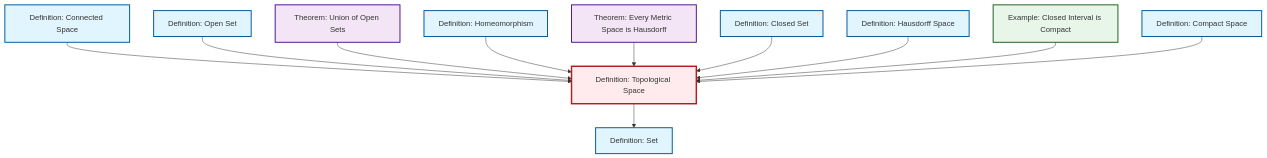
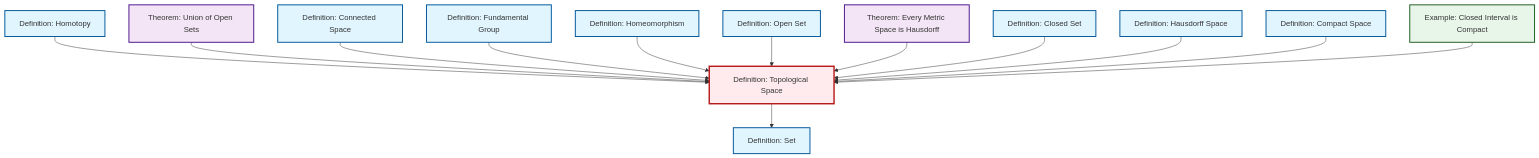
Before and after one commit to RK0429/ModernMath: the diagram in content/en/topology/def-topological-space.qmd, drawn with Mermaid. The commit also changed 1069 other files, not shown here.

````diff
--- a/content/en/topology/def-topological-space.qmd
+++ b/content/en/topology/def-topological-space.qmd
@@ -60,41 +60,47 @@
 ```{mermaid}
 %%| fig-cap: "Local dependency graph"
 graph TD
     classDef definition fill:#e1f5fe,stroke:#01579b,stroke-width:2px
     classDef theorem fill:#f3e5f5,stroke:#4a148c,stroke-width:2px
     classDef axiom fill:#fff3e0,stroke:#e65100,stroke-width:2px
     classDef example fill:#e8f5e9,stroke:#1b5e20,stroke-width:2px
     classDef current fill:#ffebee,stroke:#b71c1c,stroke-width:3px
+    thm-metric-hausdorff["Theorem: Every Metric Space is Hausdorff"]:::theorem
     def-set["Definition: Set"]:::definition
+    def-fundamental-group["Definition: Fundamental Group"]:::definition
+    def-homeomorphism["Definition: Homeomorphism"]:::definition
     def-connected["Definition: Connected Space"]:::definition
+    def-hausdorff["Definition: Hausdorff Space"]:::definition
+    def-homotopy["Definition: Homotopy"]:::definition
+    ex-closed-interval-compact["Example: Closed Interval is Compact"]:::example
+    def-topological-space["Definition: Topological Space"]:::definition
     thm-union-open-sets["Theorem: Union of Open Sets"]:::theorem
-    ex-closed-interval-compact["Example: Closed Interval is Compact"]:::example
+    def-closed-set["Definition: Closed Set"]:::definition
     def-open-set["Definition: Open Set"]:::definition
-    def-closed-set["Definition: Closed Set"]:::definition
-    def-hausdorff["Definition: Hausdorff Space"]:::definition
-    def-homeomorphism["Definition: Homeomorphism"]:::definition
     def-compact["Definition: Compact Space"]:::definition
-    thm-metric-hausdorff["Theorem: Every Metric Space is Hausdorff"]:::theorem
-    def-topological-space["Definition: Topological Space"]:::definition
+    def-homotopy --> def-topological-space
+    thm-union-open-sets --> def-topological-space
     def-connected --> def-topological-space
+    def-fundamental-group --> def-topological-space
+    def-homeomorphism --> def-topological-space
     def-topological-space --> def-set
     def-open-set --> def-topological-space
-    thm-union-open-sets --> def-topological-space
-    def-homeomorphism --> def-topological-space
     thm-metric-hausdorff --> def-topological-space
     def-closed-set --> def-topological-space
     def-hausdorff --> def-topological-space
+    def-compact --> def-topological-space
     ex-closed-interval-compact --> def-topological-space
-    def-compact --> def-topological-space
     class def-topological-space current
+    click thm-metric-hausdorff "thm-metric-hausdorff.html" "Go to Every Metric Space is Hausdorff theorem"
     click def-set "def-set.html" "Go to Set definition"
+    click def-fundamental-group "def-fundamental-group.html" "Go to Fundamental Group definition"
+    click def-homeomorphism "def-homeomorphism.html" "Go to Homeomorphism definition"
     click def-connected "def-connected.html" "Go to Connected Space definition"
+    click def-hausdorff "def-hausdorff.html" "Go to Hausdorff Space definition"
+    click def-homotopy "def-homotopy.html" "Go to Homotopy definition"
+    click ex-closed-interval-compact "ex-closed-interval-compact.html" "Go to Closed Interval is Compact example"
     click thm-union-open-sets "thm-union-open-sets.html" "Go to Union of Open Sets theorem"
-    click ex-closed-interval-compact "ex-closed-interval-compact.html" "Go to Closed Interval is Compact example"
+    click def-closed-set "def-closed-set.html" "Go to Closed Set definition"
     click def-open-set "def-open-set.html" "Go to Open Set definition"
-    click def-closed-set "def-closed-set.html" "Go to Closed Set definition"
-    click def-hausdorff "def-hausdorff.html" "Go to Hausdorff Space definition"
-    click def-homeomorphism "def-homeomorphism.html" "Go to Homeomorphism definition"
     click def-compact "def-compact.html" "Go to Compact Space definition"
-    click thm-metric-hausdorff "thm-metric-hausdorff.html" "Go to Every Metric Space is Hausdorff theorem"
 ```
````
